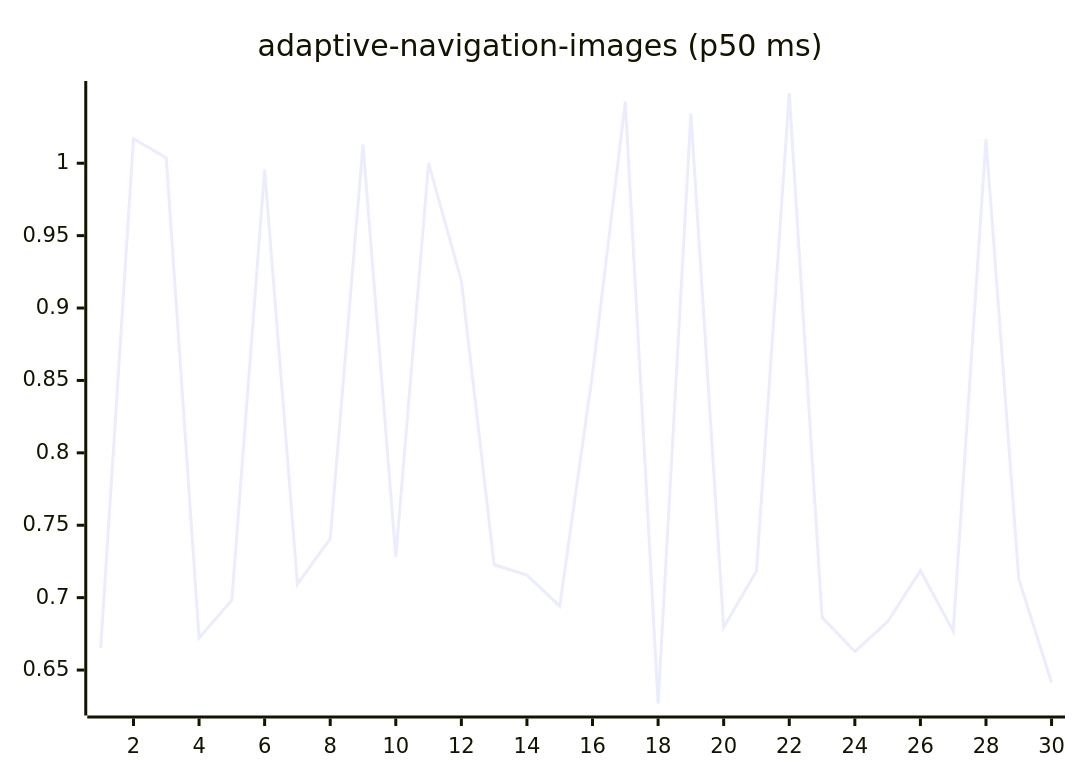
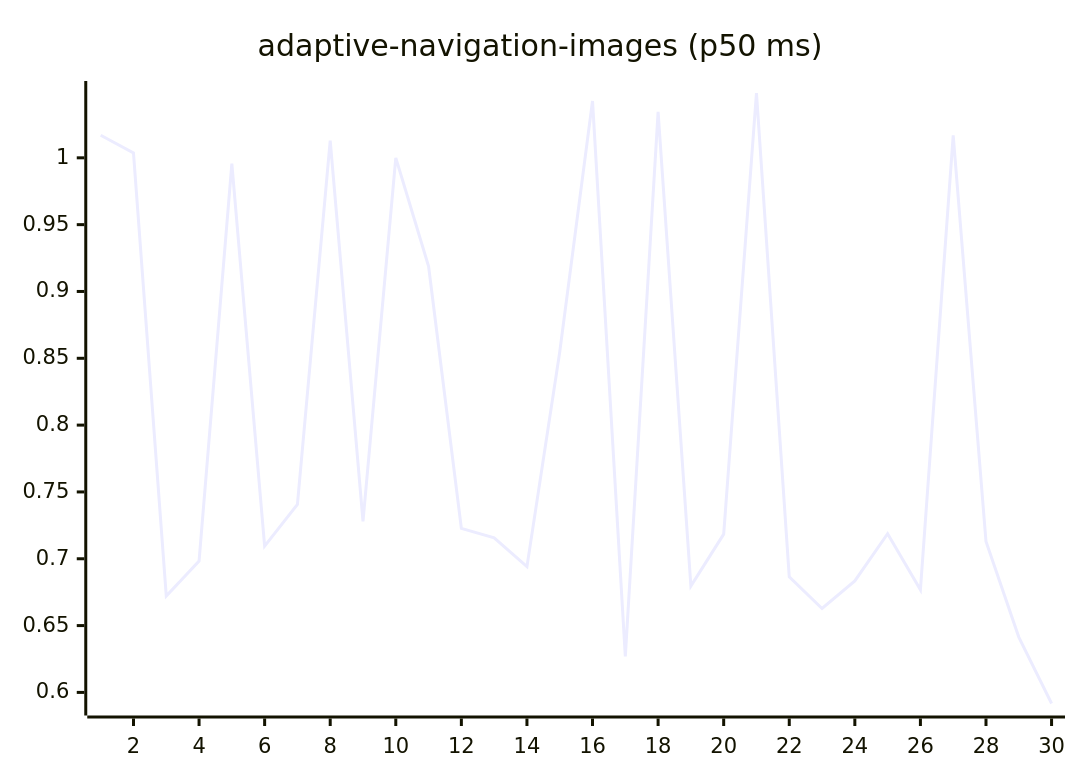
Before and after one commit to josha/Facet: the first of 27 diagrams in README.md, drawn with Mermaid. The commit also changed other lines of this file and 2 other files, not shown here.

````diff
--- a/README.md
+++ b/README.md
@@ -63,6 +63,6 @@
 ```mermaid
 xychart-beta
     title "adaptive-navigation-images (p50 ms)"
     x-axis 1 --> 30
-    line [0.6652, 1.0169, 1.0037, 0.6721, 0.6983, 0.9956, 0.7094, 0.7407, 1.0129, 0.7280, 1.0000, 0.9189, 0.7227, 0.7156, 0.6941, 0.8547, 1.0425, 0.6269, 1.0344, 0.6795, 0.7184, 1.0485, 0.6864, 0.6628, 0.6834, 0.7187, 0.6768, 1.0168, 0.7129, 0.6414]
+    line [1.0169, 1.0037, 0.6721, 0.6983, 0.9956, 0.7094, 0.7407, 1.0129, 0.7280, 1.0000, 0.9189, 0.7227, 0.7156, 0.6941, 0.8547, 1.0425, 0.6269, 1.0344, 0.6795, 0.7184, 1.0485, 0.6864, 0.6628, 0.6834, 0.7187, 0.6768, 1.0168, 0.7129, 0.6414, 0.5917]
 ```
````
